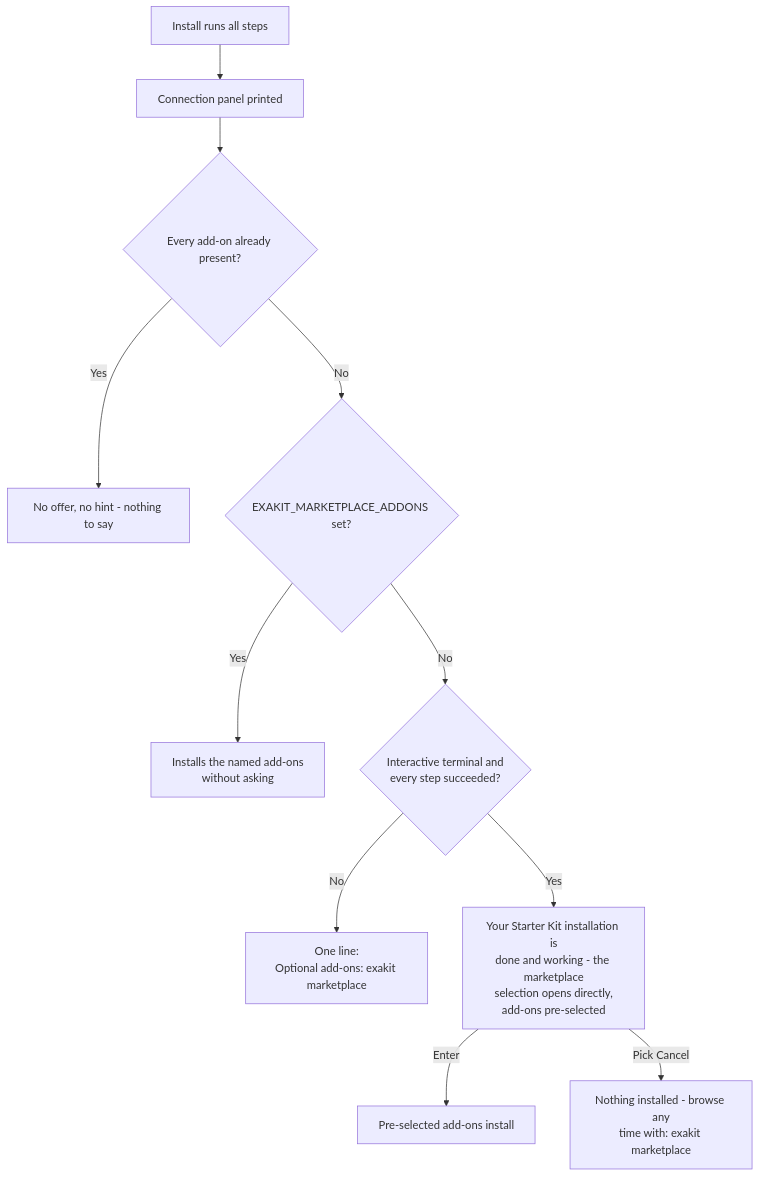
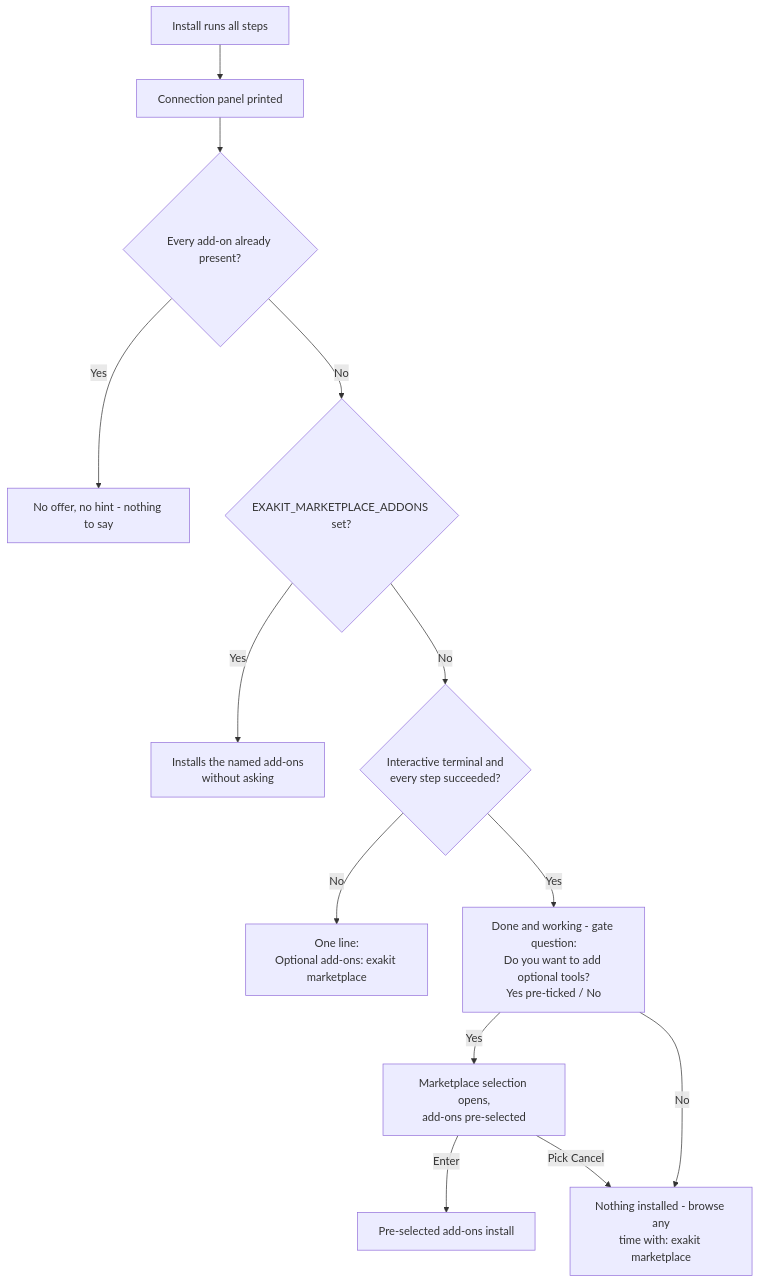
One commit to Sheetaldharshan200/update-path changed the second of 7 diagrams in MARKETPLACE-FLOWS.md. Above: the diagram before and after it, drawn with Mermaid. The commit also changed other lines of this file and 5 other files, not shown here.

First line of the commit message:
Gate the closing offer behind a Yes/No selection; isolate the suites from a real install

````diff
--- a/MARKETPLACE-FLOWS.md
+++ b/MARKETPLACE-FLOWS.md
@@ -61,15 +61,17 @@
 ```mermaid
 flowchart TD
     A[Install runs all steps] --> B[Connection panel printed]
     B --> C{Every add-on already present?}
     C -->|Yes| D[No offer, no hint - nothing to say]
     C -->|No| E{EXAKIT_MARKETPLACE_ADDONS set?}
     E -->|Yes| F[Installs the named add-ons<br>without asking]
     E -->|No| G{Interactive terminal and<br>every step succeeded?}
     G -->|No| H[One line:<br>Optional add-ons: exakit marketplace]
-    G -->|Yes| I[Your Starter Kit installation is<br>done and working - the marketplace<br>selection opens directly,<br>add-ons pre-selected]
-    I -->|Enter| J[Pre-selected add-ons install]
-    I -->|Pick Cancel| K[Nothing installed - browse any<br>time with: exakit marketplace]
+    G -->|Yes| I[Done and working - gate question:<br>Do you want to add optional tools?<br>Yes pre-ticked / No]
+    I -->|Yes| J2[Marketplace selection opens,<br>add-ons pre-selected]
+    J2 -->|Enter| J[Pre-selected add-ons install]
+    J2 -->|Pick Cancel| K[Nothing installed - browse any<br>time with: exakit marketplace]
+    I -->|No| K
 
     click J "#scenario-3-browsing-and-installing"
 ```
````
